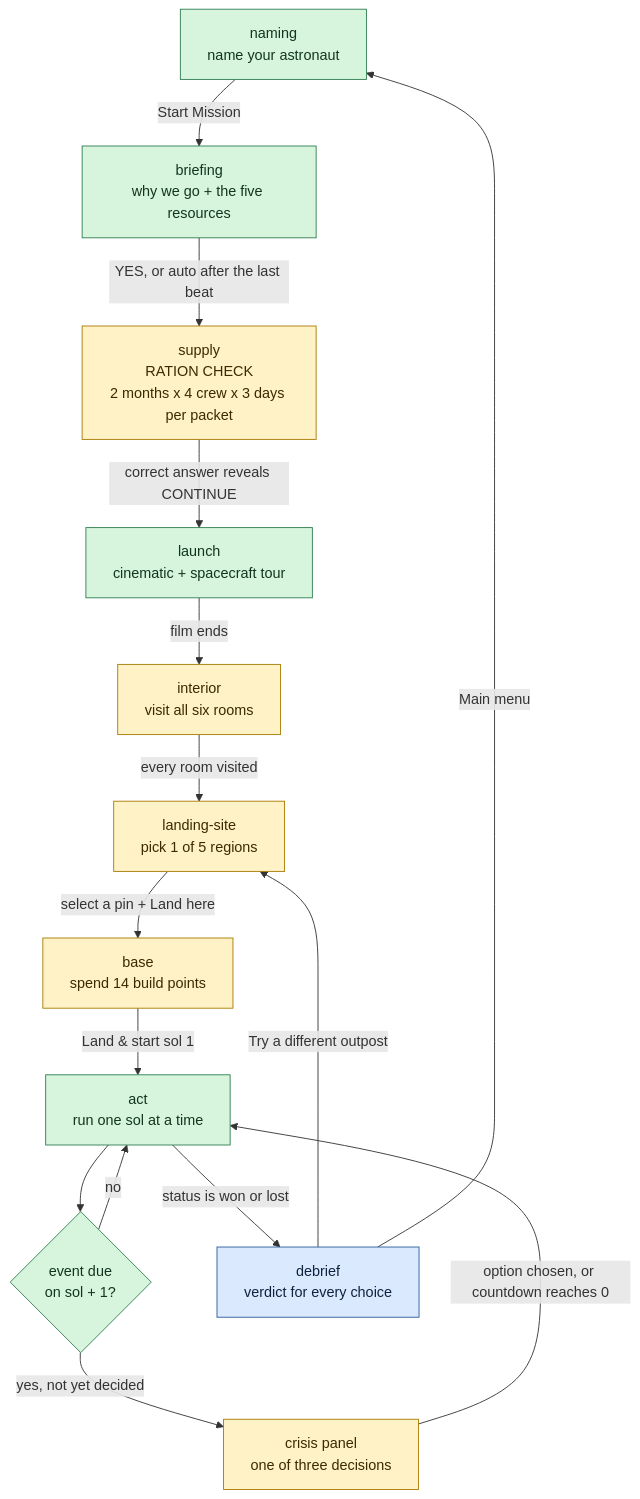
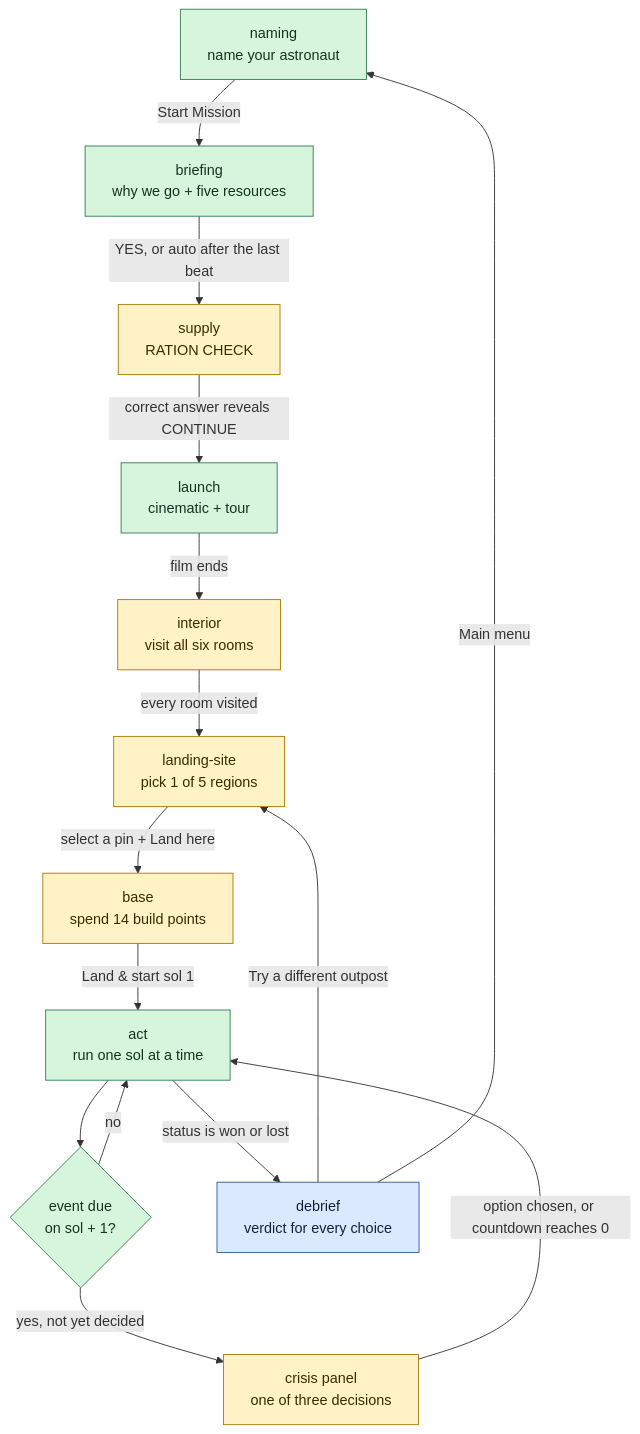
One commit to Theteamakrasia/Mars-Horizon-Junior-Astronaut-Mission-Trainer changed the first of 4 diagrams in docs/game-flow.md. Above: the diagram before and after it, drawn with Mermaid. The commit also changed other lines of this file and 3 other files, not shown here.

Commit message:
docs(game-flow): shrink the diagram set and link it from the README

````diff
--- a/docs/game-flow.md
+++ b/docs/game-flow.md
@@ -25,34 +28,33 @@
 ```mermaid
 flowchart TD
     Naming["naming<br/>name your astronaut"]:::impl
-    Briefing["briefing<br/>why we go + the five resources"]:::impl
-    Supply["supply<br/>RATION CHECK<br/>2 months x 4 crew x 3 days per packet"]:::gate
-    Launch["launch<br/>cinematic + spacecraft tour"]:::impl
+    Briefing["briefing<br/>why we go + five resources"]:::impl
+    Supply["supply<br/>RATION CHECK"]:::gate
+    Launch["launch<br/>cinematic + tour"]:::impl
     Interior["interior<br/>visit all six rooms"]:::gate
     Site["landing-site<br/>pick 1 of 5 regions"]:::gate
     Base["base<br/>spend 14 build points"]:::gate
     Act["act<br/>run one sol at a time"]:::impl
     Pending{"event due<br/>on sol + 1?"}:::impl
     Crisis["crisis panel<br/>one of three decisions"]:::gate
     Debrief["debrief<br/>verdict for every choice"]:::terminal
 
     Naming -->|"Start Mission"| Briefing
     Briefing -->|"YES, or auto after the last beat"| Supply
     Supply -->|"correct answer reveals CONTINUE"| Launch
     Launch -->|"film ends"| Interior
     Interior -->|"every room visited"| Site
     Site -->|"select a pin + Land here"| Base
     Base -->|"Land &amp; start sol 1"| Act
     Act --> Pending
     Pending -->|"yes, not yet decided"| Crisis
     Crisis -->|"option chosen, or countdown reaches 0"| Act
     Pending -->|"no"| Act
     Act -->|"status is won or lost"| Debrief
     Debrief -->|"Try a different outpost"| Site
     Debrief -->|"Main menu"| Naming
 
     classDef impl fill:#d7f5dd,stroke:#2f7d4f,color:#12351f
     classDef gate fill:#fff2c7,stroke:#a97a00,color:#3a2b00
-    classDef planned fill:#eeeeee,stroke:#999999,color:#444444,stroke-dasharray:4 3
     classDef terminal fill:#dbe9ff,stroke:#2b5b9e,color:#10233d
 ```
````
